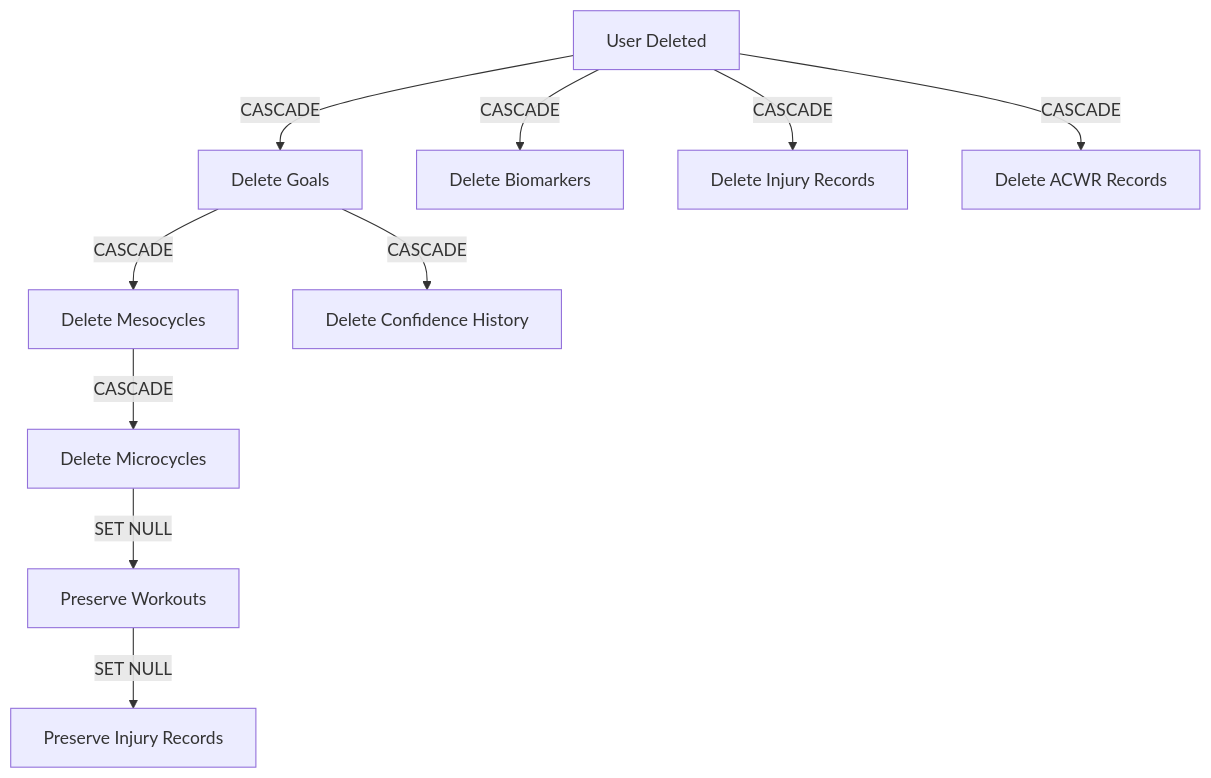
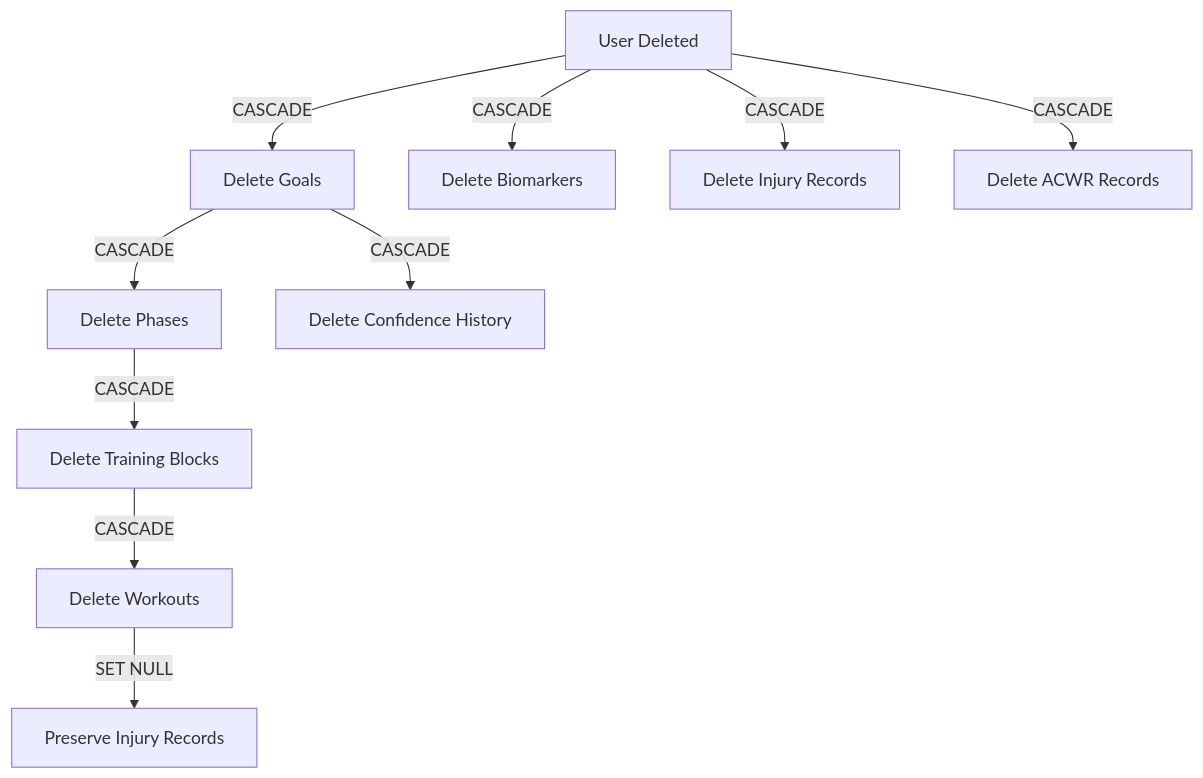
Before and after one commit to rooshimadethis/ash-trainer: the diagram in docs/architecture/data_models/data_lifecycle.md, drawn with Mermaid. The commit also changed other lines of this file and 15 other files, not shown here.

````diff
--- a/docs/architecture/data_models/data_lifecycle.md
+++ b/docs/architecture/data_models/data_lifecycle.md
@@ -236,16 +238,16 @@
 ```mermaid
 graph TD
     User[User Deleted] -->|CASCADE| Goals[Delete Goals]
     User -->|CASCADE| Biomarkers[Delete Biomarkers]
     User -->|CASCADE| Injuries[Delete Injury Records]
     User -->|CASCADE| ACWR[Delete ACWR Records]
     
-    Goals -->|CASCADE| Mesocycles[Delete Mesocycles]
+    Goals -->|CASCADE| Phases[Delete Phases]
     Goals -->|CASCADE| ConfHistory[Delete Confidence History]
     
-    Mesocycles -->|CASCADE| Microcycles[Delete Microcycles]
+    Phases -->|CASCADE| TrainingBlocks[Delete Training Blocks]
     
-    Microcycles -->|SET NULL| Workouts[Preserve Workouts]
+    TrainingBlocks -->|CASCADE| Workouts[Delete Workouts]
     
     Workouts -->|SET NULL| InjuryRecords[Preserve Injury Records]
 ```
````
